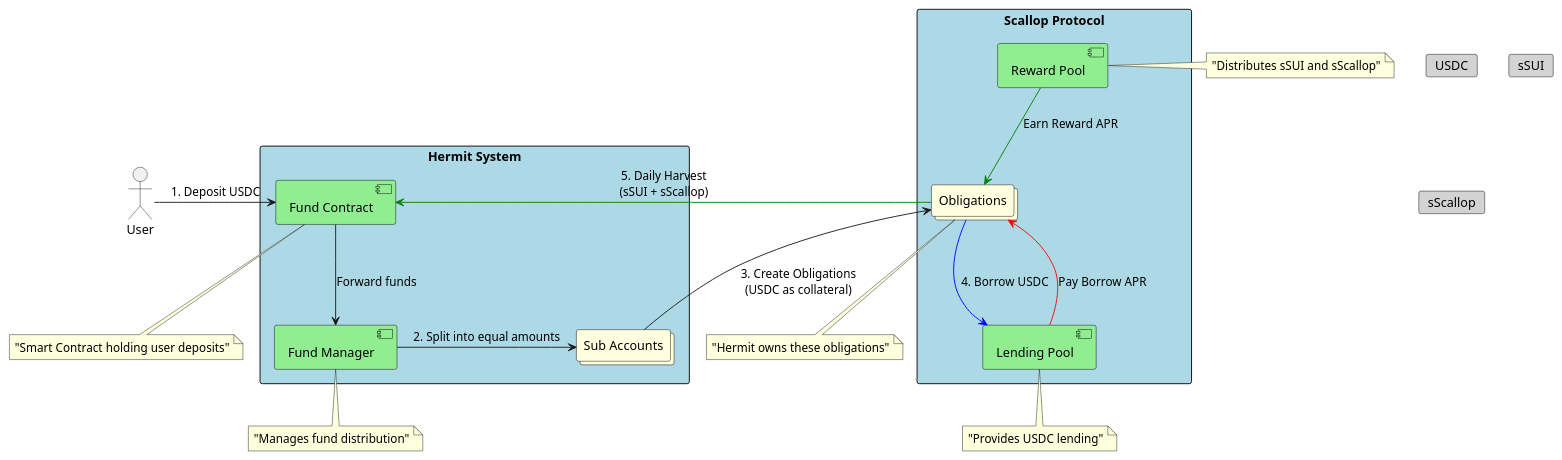
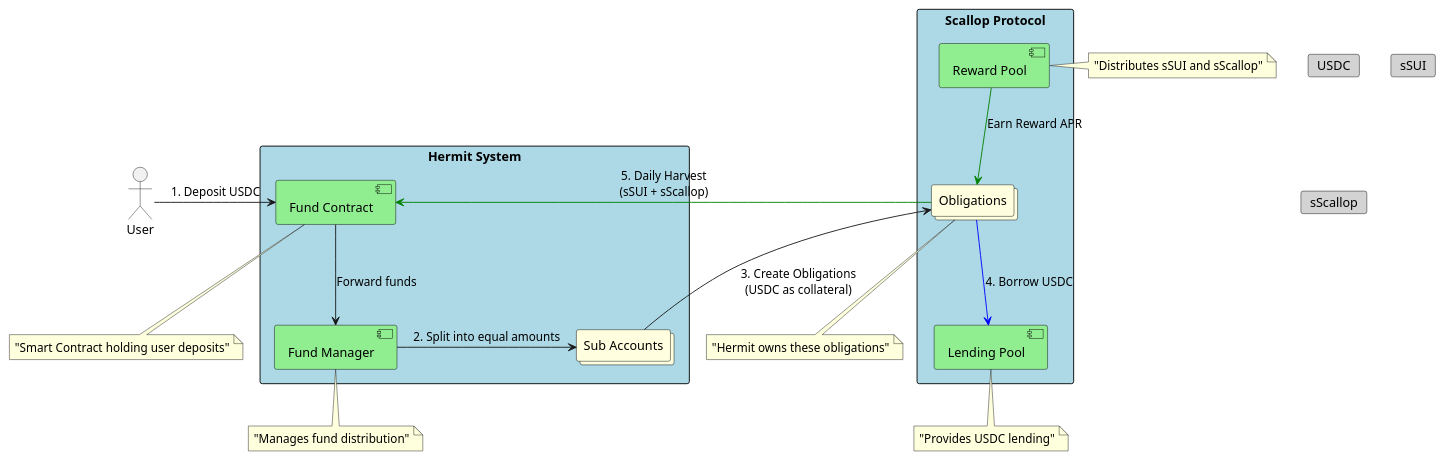
Before and after one commit to nierdna/hermit-diagrams: the diagram in architecture_overview.wsd, drawn with PlantUML.

Commit message:
Update architecture overview diagram to remove borrow APR flow

```diff
--- a/architecture_overview.wsd
+++ b/architecture_overview.wsd
@@ -1,67 +1,66 @@
 @startuml Hermit System Architecture
 
 ' Define actors and components
 actor "User" as user
 rectangle "Hermit System" {
     component "Fund Contract" as fund
     component "Fund Manager" as fundManager
     collections "Sub Accounts" as subAccounts
 }
 
 rectangle "Scallop Protocol" {
     collections "Obligations" as obligations
     component "Lending Pool" as lendingPool
     component "Reward Pool" as rewardPool
 }
 
 ' Define tokens and rewards
 card "USDC" as usdc
 card "sSUI" as ssui
 card "sScallop" as sscallop
 
 ' Define relationships and flows
 user -right-> fund : "1. Deposit USDC"
 fund -down-> fundManager : "Forward funds"
 fundManager -right-> subAccounts : "2. Split into equal amounts"
 subAccounts -right-> obligations : "3. Create Obligations\n(USDC as collateral)"
 
 obligations -[#blue]down-> lendingPool : "4. Borrow USDC"
-lendingPool -[#red]up-> obligations : "Pay Borrow APR"
 rewardPool -[#green]-> obligations : "Earn Reward APR"
 
 obligations -[#green]right-> fund : "5. Daily Harvest\n(sSUI + sScallop)"
 
 ' Add notes
 note bottom of fund : "Smart Contract holding user deposits"
 note bottom of fundManager : "Manages fund distribution"
 note bottom of obligations : "Hermit owns these obligations"
 note bottom of lendingPool : "Provides USDC lending"
 note right of rewardPool : "Distributes sSUI and sScallop"
 
 ' Style
 skinparam rectangle {
     BackgroundColor LightBlue
     BorderColor Black
 }
 
 skinparam component {
     BackgroundColor LightGreen
     BorderColor Black
 }
 
 skinparam collections {
     BackgroundColor LightYellow
     BorderColor Black
 }
 
 skinparam card {
     BackgroundColor LightGray
     BorderColor Black
 }
 
 ' Arrow colors
 skinparam arrow {
     Color Black
 }
 
 @enduml
```
